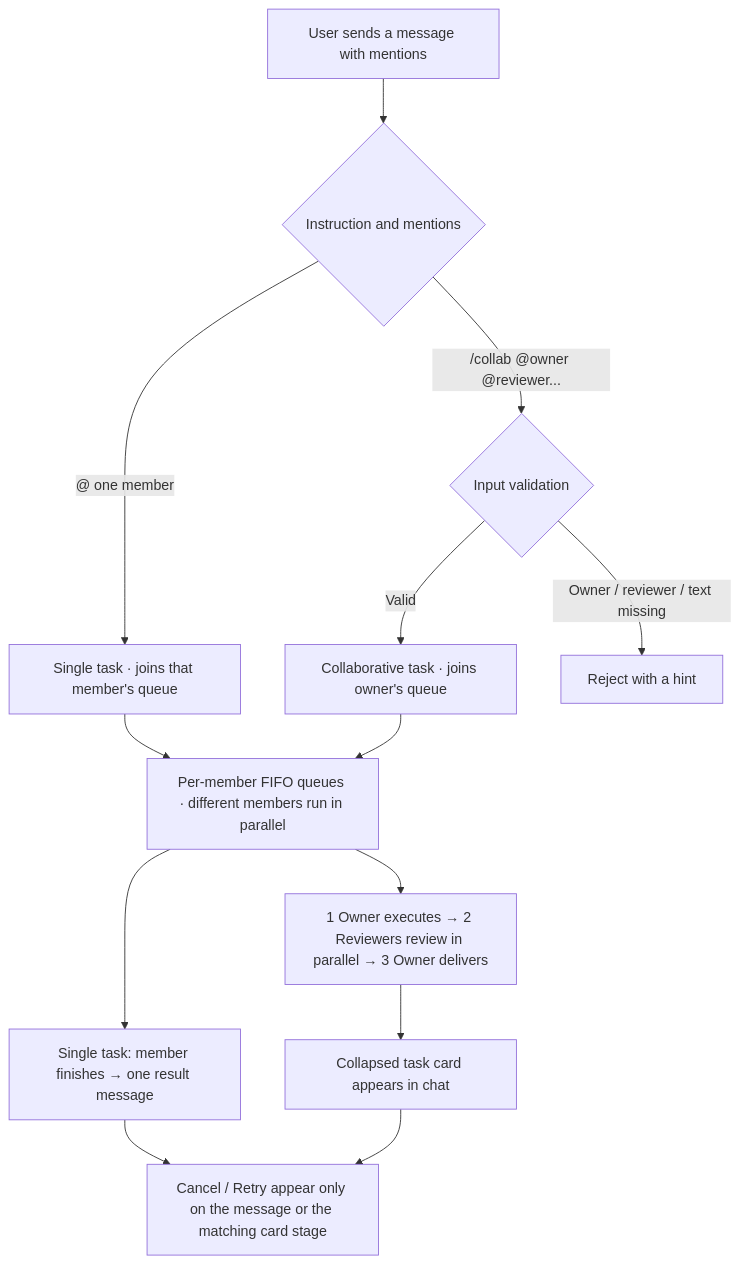
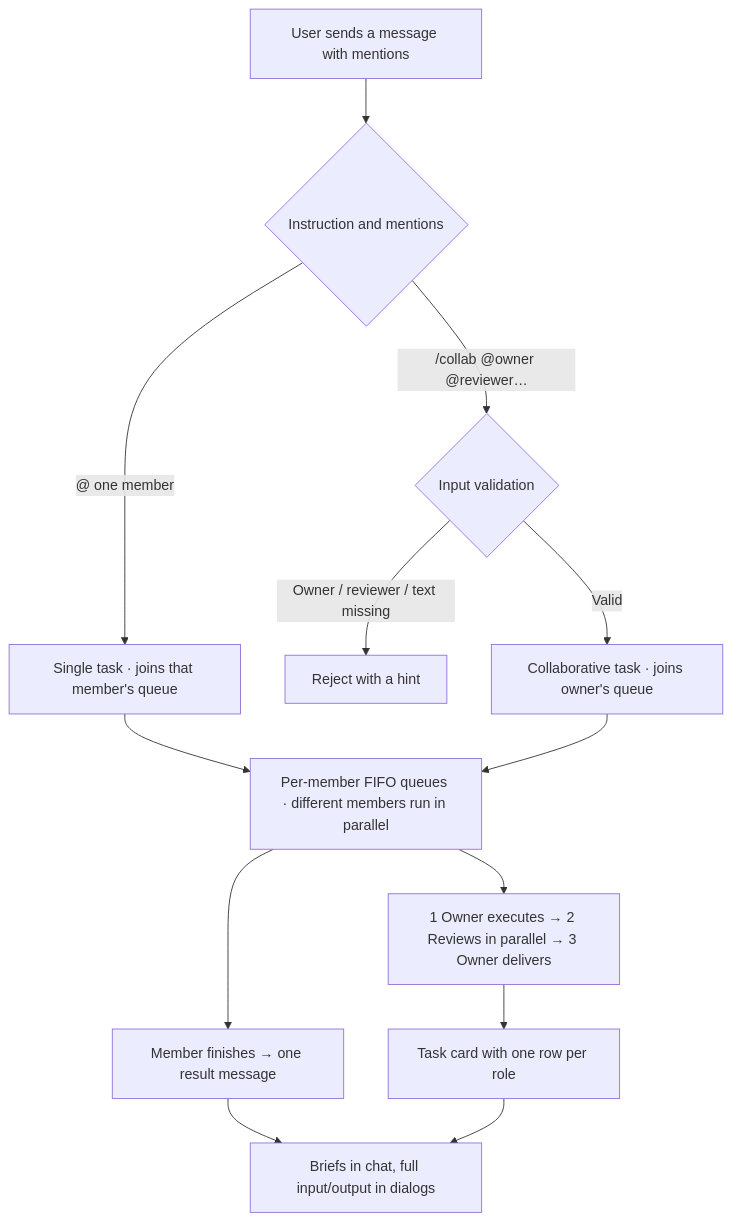
Before and after one commit to BinaryAlan/ai-atelier: the diagram in README.md, drawn with Mermaid. The commit also changed other lines of this file and 21 other files, not shown here.

First line of the commit message:
feat: 任务卡片与交互收尾、文件预览、README/演示动图重制

````diff
--- a/README.md
+++ b/README.md
@@ -67,15 +113,15 @@
 ```mermaid
 flowchart TD
-    U["User sends a message with mentions"] --> T{"Instruction and mentions"}
+    U["User sends a message with mentions"] --> T{Instruction and mentions}
     T -->|"@ one member"| S["Single task · joins that member's queue"]
-    T -->|"/collab @owner @reviewer..."| C{"Input validation"}
-    C -->|"Valid"| CQ["Collaborative task · joins owner's queue"]
+    T -->|"/collab @owner @reviewer…"| C{Input validation}
     C -->|"Owner / reviewer / text missing"| CE["Reject with a hint"]
+    C -->|Valid| CQ["Collaborative task · joins owner's queue"]
     S --> Q["Per-member FIFO queues · different members run in parallel"]
     CQ --> Q
-    Q --> S1["Single task: member finishes → one result message"]
-    Q --> C1["1 Owner executes → 2 Reviewers review in parallel → 3 Owner delivers"]
-    C1 --> K["Collapsed task card appears in chat"]
-    S1 --> M["Cancel / Retry appear only on the message or the matching card stage"]
-    K --> M
+    Q --> S1["Member finishes → one result message"]
+    Q --> C1["1 Owner executes → 2 Reviews in parallel → 3 Owner delivers"]
+    S1 --> V["Briefs in chat, full input/output in dialogs"]
+    C1 --> K["Task card with one row per role"]
+    K --> V
 ```
````
